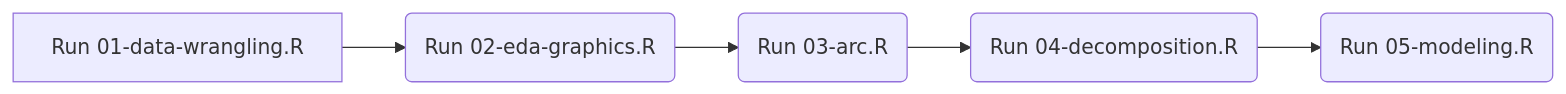
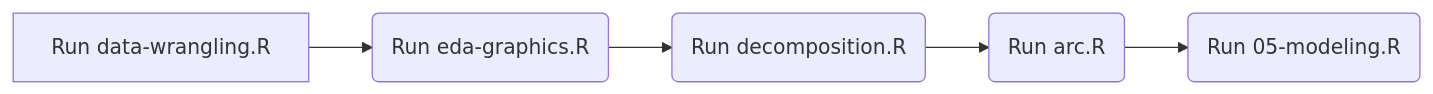
The diagram in README.md (nutimes/som-sam-admit), drawn with Mermaid before and after one commit. The commit also changed other lines of this file and 1 other file, not shown here.

````diff
--- a/README.md
+++ b/README.md
@@ -93,10 +95,10 @@
 ``` mermaid
     flowchart LR
-    A[Run 01-data-wrangling.R] 
-    B(Run 02-eda-graphics.R)
-    C(Run 03-arc.R)
-    D(Run 04-decomposition.R)
+    A[Run data-wrangling.R] 
+    B(Run eda-graphics.R)
+    C(Run decomposition.R)
+    D(Run arc.R)
     E(Run 05-modeling.R)
 
     A --> B --> C --> D --> E
 ```
````
